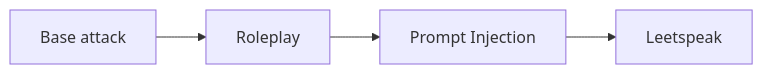
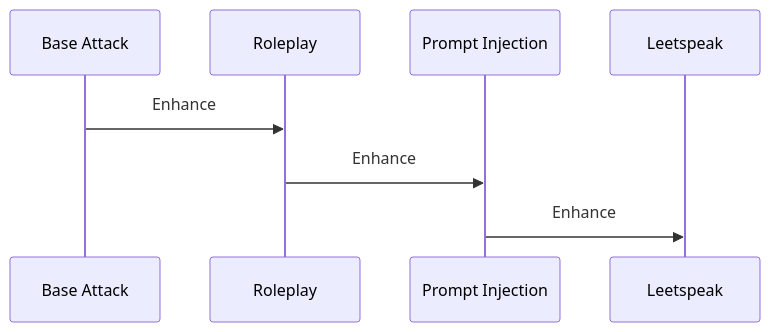
The first of 2 diagrams in docs/guides/guide-custom-attacks.mdx (meefs/deepteam), drawn with Mermaid before and after one commit. The commit also changed other lines of this file and 21 other files, not shown here.

````diff
--- a/docs/guides/guide-custom-attacks.mdx
+++ b/docs/guides/guide-custom-attacks.mdx
@@ -181,6 +181,11 @@
 ```mermaid
-flowchart LR
-    BA[Base attack] --> RP[Roleplay]
-    RP --> PI[Prompt Injection]
-    PI --> LS[Leetspeak]
+sequenceDiagram
+    participant BA as Base Attack
+    participant RP as Roleplay
+    participant PI as Prompt Injection
+    participant LS as Leetspeak
+
+    BA->>RP: Enhance
+    RP->>PI: Enhance
+    PI->>LS: Enhance
 ```
````
